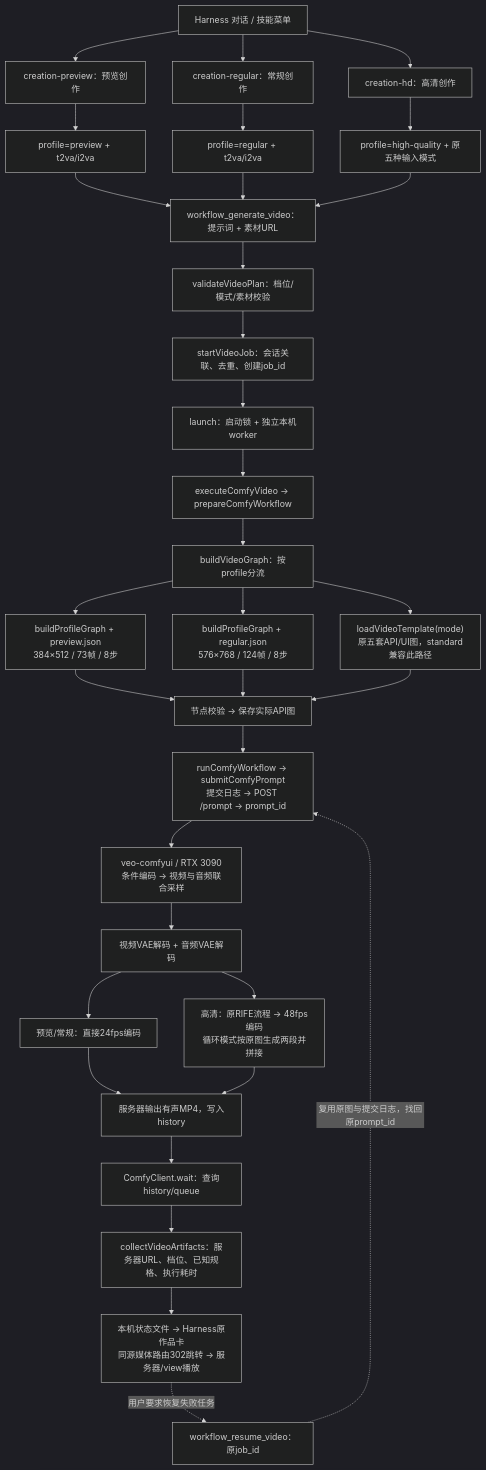
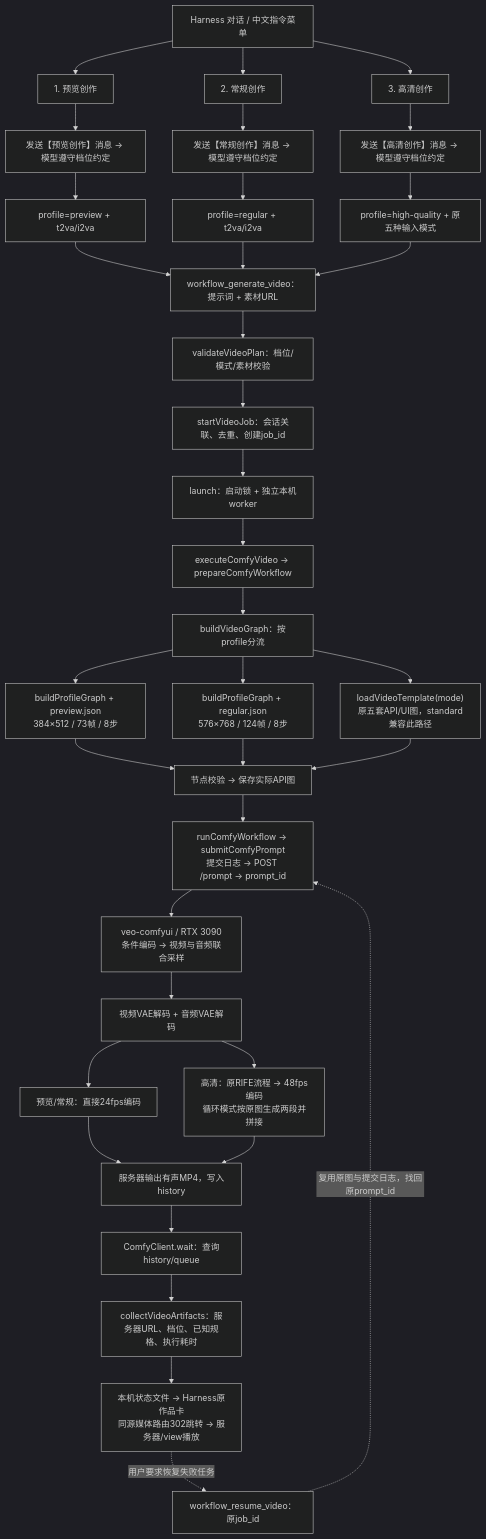
One commit to senbenyi/meiji-harness changed the diagram in docs/implement/实施-视频创作三档入口与全链路.md. Above: the diagram before and after it, drawn with Mermaid (dark theme). The commit also changed other lines of this file and 31 other files, not shown here.

````diff
--- a/docs/implement/实施-视频创作三档入口与全链路.md
+++ b/docs/implement/实施-视频创作三档入口与全链路.md
@@ -23,35 +23,35 @@
 ```mermaid
 flowchart TD
-    U["Harness 对话 / 技能菜单"] --> P["creation-preview：预览创作"]
-    U --> R["creation-regular：常规创作"]
-    U --> H["creation-hd：高清创作"]
-    P --> PP["profile=preview + t2va/i2va"]
-    R --> RP["profile=regular + t2va/i2va"]
-    H --> HP["profile=high-quality + 原五种输入模式"]
+    U["Harness 对话 / 中文指令菜单"] --> P["1. 预览创作"]
+    U --> R["2. 常规创作"]
+    U --> H["3. 高清创作"]
+    P --> PM["发送【预览创作】消息 → 模型遵守档位约定"] --> PP["profile=preview + t2va/i2va"]
+    R --> RM["发送【常规创作】消息 → 模型遵守档位约定"] --> RP["profile=regular + t2va/i2va"]
+    H --> HM["发送【高清创作】消息 → 模型遵守档位约定"] --> HP["profile=high-quality + 原五种输入模式"]
     PP --> T["workflow_generate_video：提示词 + 素材URL"]
     RP --> T
     HP --> T
     T --> V["validateVideoPlan：档位/模式/素材校验"]
     V --> J["startVideoJob：会话关联、去重、创建job_id"]
     J --> L["launch：启动锁 + 独立本机worker"]
     L --> E["executeComfyVideo → prepareComfyWorkflow"]
     E --> G["buildVideoGraph：按profile分流"]
     G --> PG["buildProfileGraph + preview.json<br/>384×512 / 73帧 / 8步"]
     G --> RG["buildProfileGraph + regular.json<br/>576×768 / 124帧 / 8步"]
     G --> HG["loadVideoTemplate(mode)<br/>原五套API/UI图，standard兼容此路径"]
     PG --> SAVE["节点校验 → 保存实际API图"]
     RG --> SAVE
     HG --> SAVE
     SAVE --> SUB["runComfyWorkflow → submitComfyPrompt<br/>提交日志 → POST /prompt → prompt_id"]
     SUB --> GPU["veo-comfyui / RTX 3090<br/>条件编码 → 视频与音频联合采样"]
     GPU --> VAE["视频VAE解码 + 音频VAE解码"]
     VAE --> DIRECT["预览/常规：直接24fps编码"]
     VAE --> RIFE["高清：原RIFE流程 → 48fps编码<br/>循环模式按原图生成两段并拼接"]
     DIRECT --> OUT["服务器输出有声MP4，写入history"]
     RIFE --> OUT
     OUT --> POLL["ComfyClient.wait：查询history/queue"]
     POLL --> RESULT["collectVideoArtifacts：服务器URL、档位、已知规格、执行耗时"]
     RESULT --> CARD["本机状态文件 → Harness原作品卡<br/>同源媒体路由302跳转 → 服务器/view播放"]
     CARD -. "用户要求恢复失败任务" .-> RESUME["workflow_resume_video：原job_id"]
     RESUME -. "复用原图与提交日志，找回原prompt_id" .-> SUB
 ```
````
